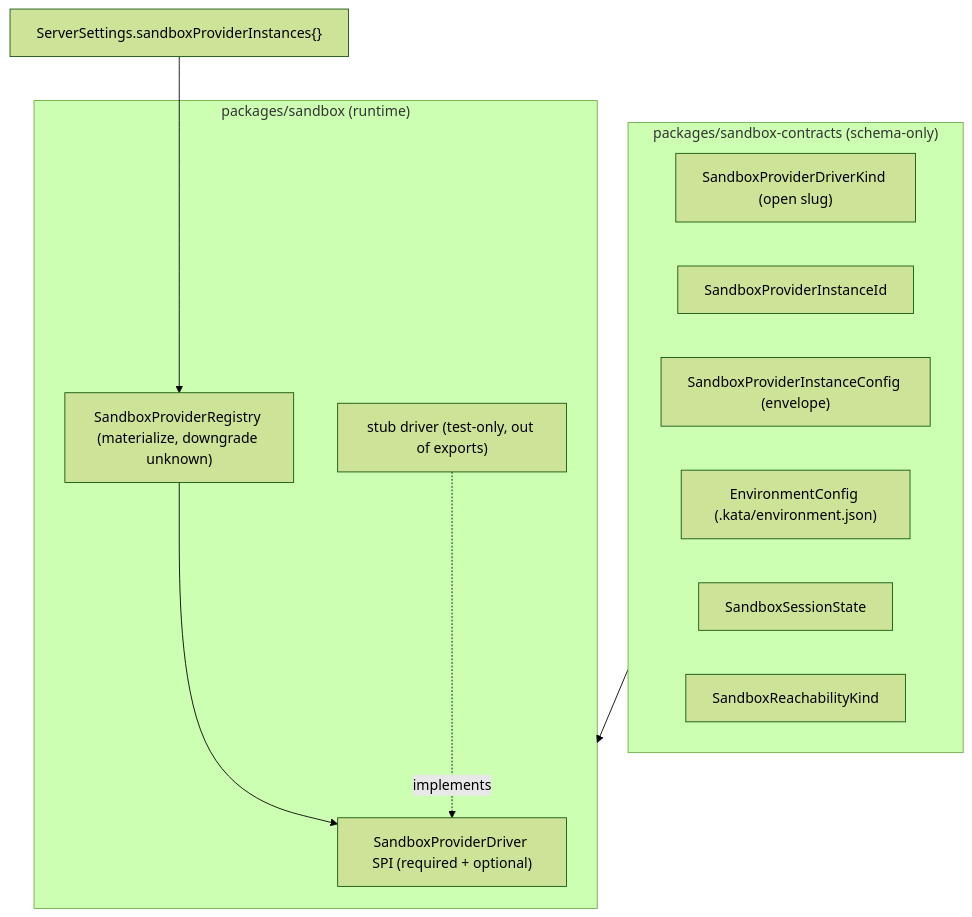
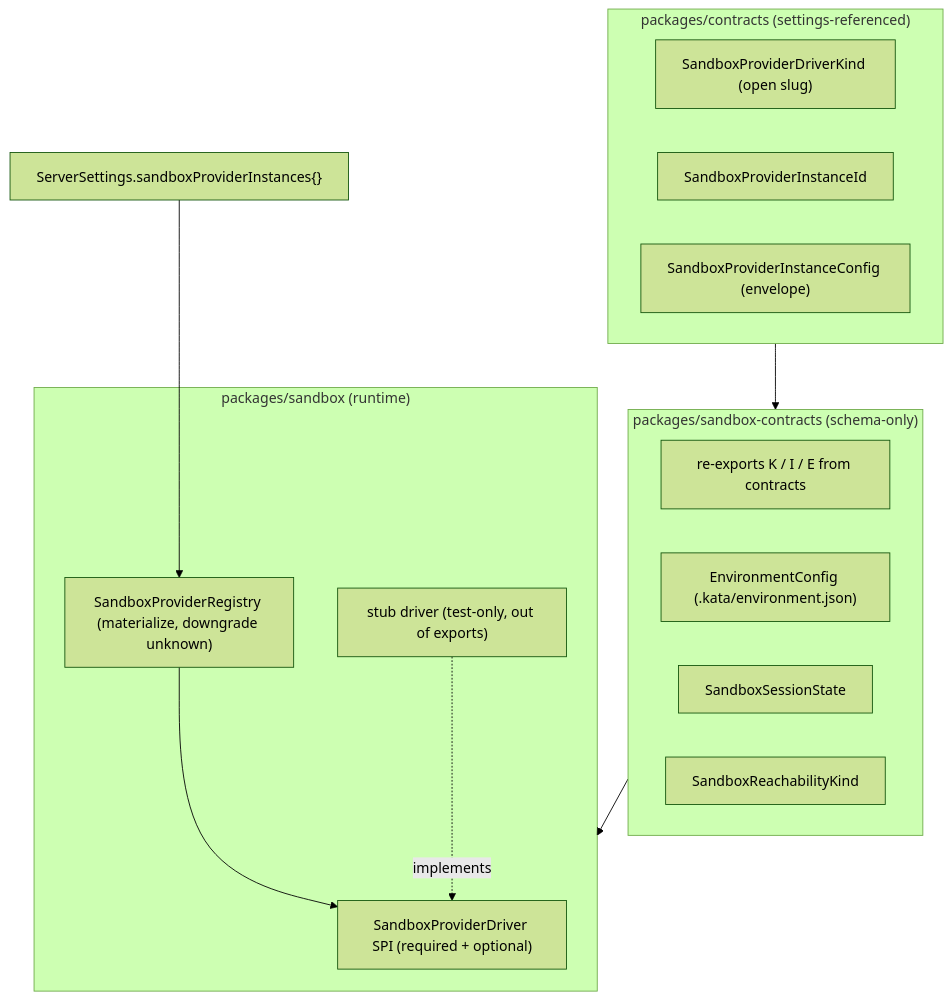
The diagram in docs/specs/2026-06-27-kata-environments-deployments-phase-0-design.md (gannonh/katacode), drawn with Mermaid (forest theme) before and after one commit. The commit also changed other lines of this file and 2 other files, not shown here.

````diff
--- a/docs/specs/2026-06-27-kata-environments-deployments-phase-0-design.md
+++ b/docs/specs/2026-06-27-kata-environments-deployments-phase-0-design.md
@@ -95,21 +117,25 @@
 ```mermaid
 flowchart TB
-  subgraph contracts["packages/sandbox-contracts (schema-only)"]
+  subgraph base["packages/contracts (settings-referenced)"]
     K["SandboxProviderDriverKind (open slug)"]
     I["SandboxProviderInstanceId"]
     E["SandboxProviderInstanceConfig (envelope)"]
+  end
+  subgraph contracts["packages/sandbox-contracts (schema-only)"]
+    RX["re-exports K / I / E from contracts"]
     EC["EnvironmentConfig (.kata/environment.json)"]
     S["SandboxSessionState"]
     R["SandboxReachabilityKind"]
   end
+  base --> contracts
   subgraph sandbox["packages/sandbox (runtime)"]
     SPI["SandboxProviderDriver SPI (required + optional)"]
     REG["SandboxProviderRegistry (materialize, downgrade unknown)"]
     STUB["stub driver (test-only, out of exports)"]
   end
   settings["ServerSettings.sandboxProviderInstances{}"]
   contracts --> sandbox
   settings --> REG
   REG --> SPI
   STUB -. implements .-> SPI
 ```
````
